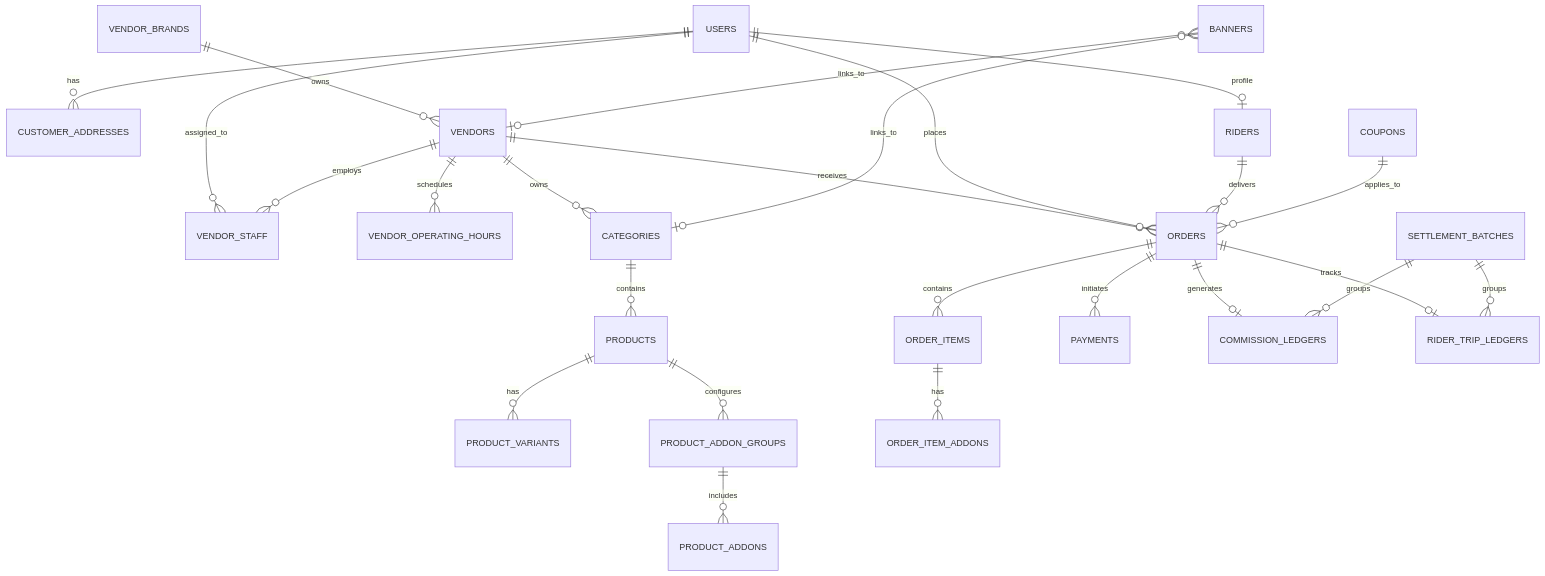
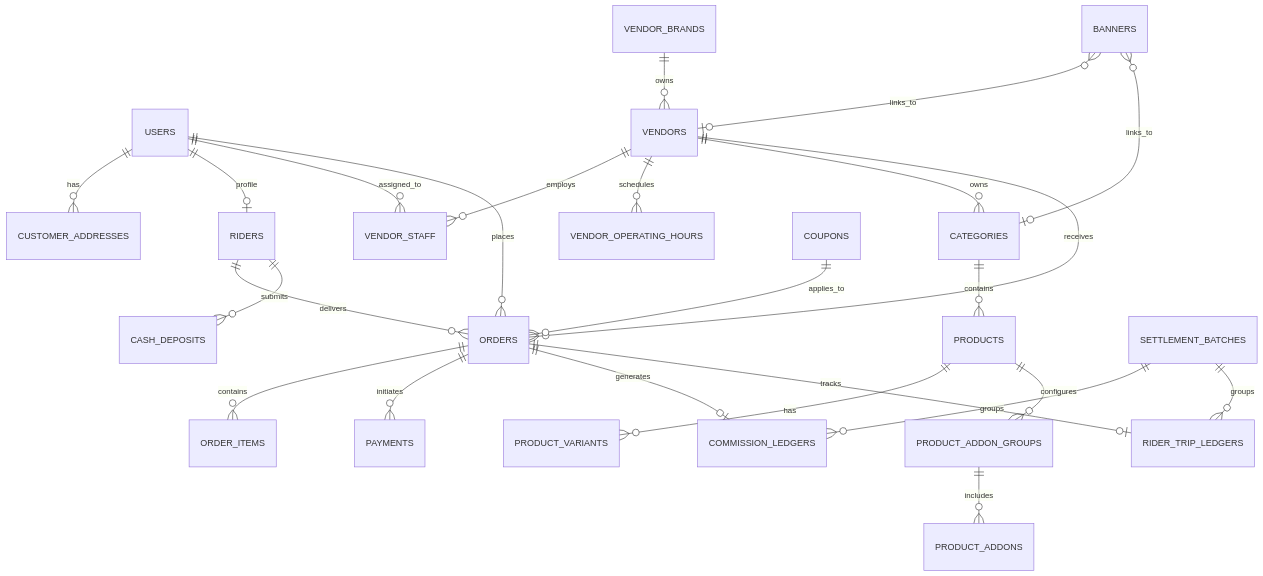
The diagram in context_docs/technical-implementation-documents/02-database-schema-and-data-models.md (ihjohny/DeliveryOS), drawn with Mermaid before and after one commit. The commit also changed other lines of this file and 14 other files, not shown here.

````diff
--- a/context_docs/technical-implementation-documents/02-database-schema-and-data-models.md
+++ b/context_docs/technical-implementation-documents/02-database-schema-and-data-models.md
@@ -11,31 +11,31 @@
 ```mermaid
 erDiagram
     USERS ||--o{ CUSTOMER_ADDRESSES : has
     USERS ||--o| RIDERS : profile
     USERS ||--o{ VENDOR_STAFF : assigned_to
 
     VENDOR_BRANDS ||--o{ VENDORS : owns
     VENDORS ||--o{ VENDOR_STAFF : employs
     VENDORS ||--o{ VENDOR_OPERATING_HOURS : schedules
     VENDORS ||--o{ CATEGORIES : owns
     CATEGORIES ||--o{ PRODUCTS : contains
     PRODUCTS ||--o{ PRODUCT_VARIANTS : has
     PRODUCTS ||--o{ PRODUCT_ADDON_GROUPS : configures
     PRODUCT_ADDON_GROUPS ||--o{ PRODUCT_ADDONS : includes
 
     VENDORS ||--o{ ORDERS : receives
     USERS ||--o{ ORDERS : places
     RIDERS ||--o{ ORDERS : delivers
     COUPONS ||--o{ ORDERS : applies_to
     ORDERS ||--o{ ORDER_ITEMS : contains
-    ORDER_ITEMS ||--o{ ORDER_ITEM_ADDONS : has
     ORDERS ||--o{ PAYMENTS : initiates
+    RIDERS ||--o{ CASH_DEPOSITS : submits
 
     ORDERS ||--o| COMMISSION_LEDGERS : generates
     ORDERS ||--o| RIDER_TRIP_LEDGERS : tracks
     SETTLEMENT_BATCHES ||--o{ COMMISSION_LEDGERS : groups
     SETTLEMENT_BATCHES ||--o{ RIDER_TRIP_LEDGERS : groups
 
     BANNERS }o--o| VENDORS : links_to
     BANNERS }o--o| CATEGORIES : links_to
 ```
````
